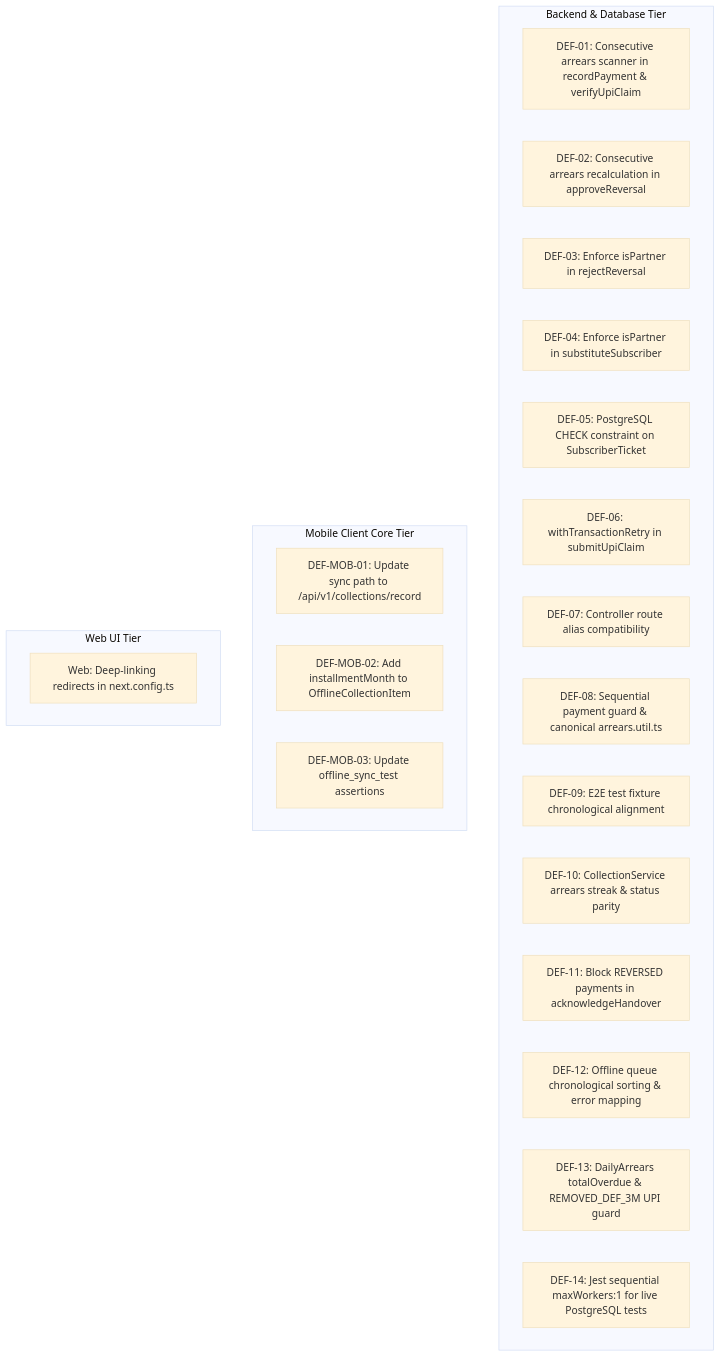
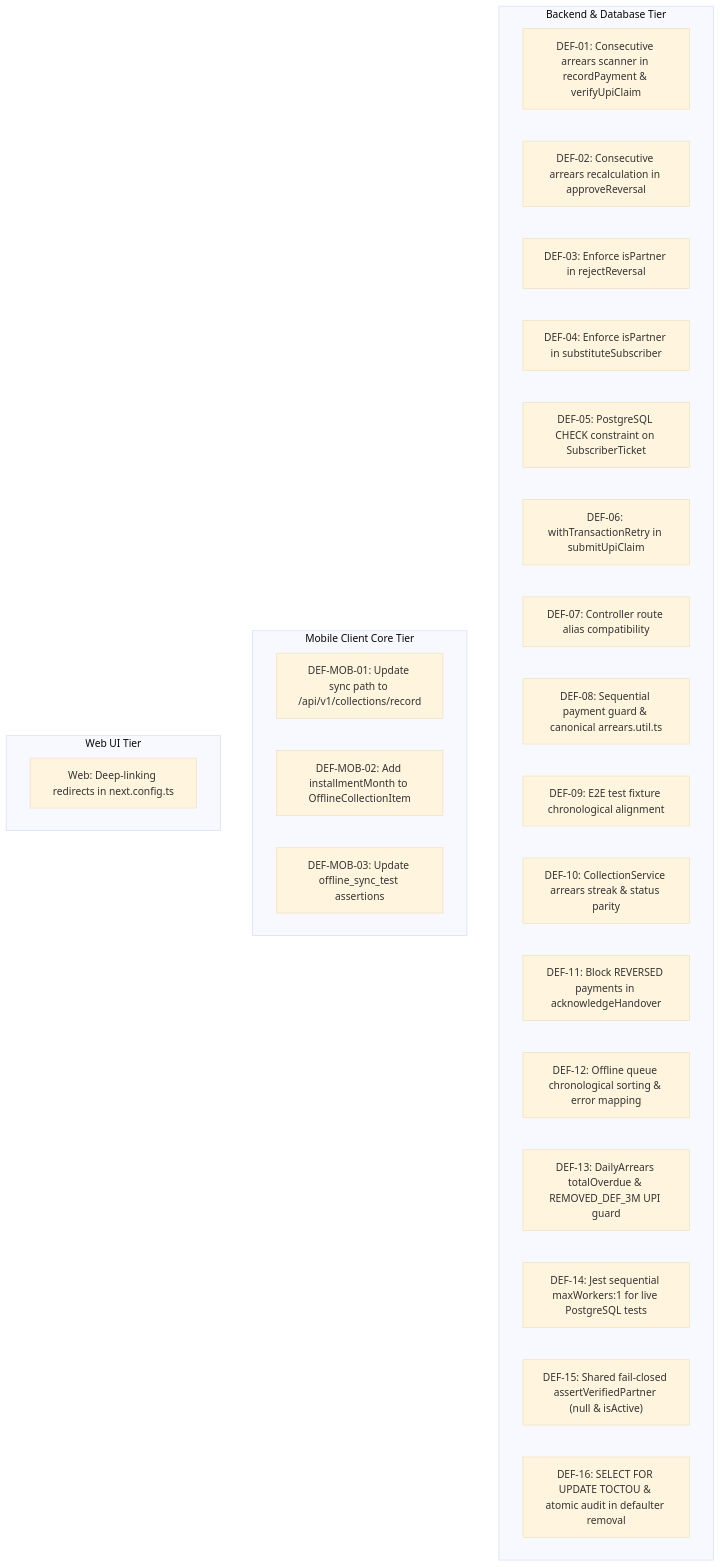
One commit to Kathir-24/Kumaran-finance changed the diagram in docs/08-audit/module-5-audit-report.md. Above: the diagram before and after it, drawn with Mermaid (base theme). The commit also changed other lines of this file and 7 other files, not shown here.

First line of the commit message:
fix(module-5): harden fail-closed partner identity & defaulter removal TOCTOU locks (DEF-15, DEF-16)

````diff
--- a/docs/08-audit/module-5-audit-report.md
+++ b/docs/08-audit/module-5-audit-report.md
@@ -81,29 +81,31 @@
 ```mermaid
 flowchart TD
     subgraph Backend_Remediation [Backend & Database Tier]
         DEF01["DEF-01: Consecutive arrears scanner in recordPayment & verifyUpiClaim"]
         DEF02["DEF-02: Consecutive arrears recalculation in approveReversal"]
         DEF03["DEF-03: Enforce isPartner in rejectReversal"]
         DEF04["DEF-04: Enforce isPartner in substituteSubscriber"]
         DEF05["DEF-05: PostgreSQL CHECK constraint on SubscriberTicket"]
         DEF06["DEF-06: withTransactionRetry in submitUpiClaim"]
         DEF07["DEF-07: Controller route alias compatibility"]
         DEF08["DEF-08: Sequential payment guard & canonical arrears.util.ts"]
         DEF09["DEF-09: E2E test fixture chronological alignment"]
         DEF10["DEF-10: CollectionService arrears streak & status parity"]
         DEF11["DEF-11: Block REVERSED payments in acknowledgeHandover"]
         DEF12["DEF-12: Offline queue chronological sorting & error mapping"]
         DEF13["DEF-13: DailyArrears totalOverdue & REMOVED_DEF_3M UPI guard"]
         DEF14["DEF-14: Jest sequential maxWorkers:1 for live PostgreSQL tests"]
+        DEF15["DEF-15: Shared fail-closed assertVerifiedPartner (null & isActive)"]
+        DEF16["DEF-16: SELECT FOR UPDATE TOCTOU & atomic audit in defaulter removal"]
     end
 
     subgraph Mobile_Remediation [Mobile Client Core Tier]
         MOB01["DEF-MOB-01: Update sync path to /api/v1/collections/record"]
         MOB02["DEF-MOB-02: Add installmentMonth to OfflineCollectionItem"]
         MOB03["DEF-MOB-03: Update offline_sync_test assertions"]
     end
 
     subgraph Web_Remediation [Web UI Tier]
         WEB01["Web: Deep-linking redirects in next.config.ts"]
     end
 ```
````
